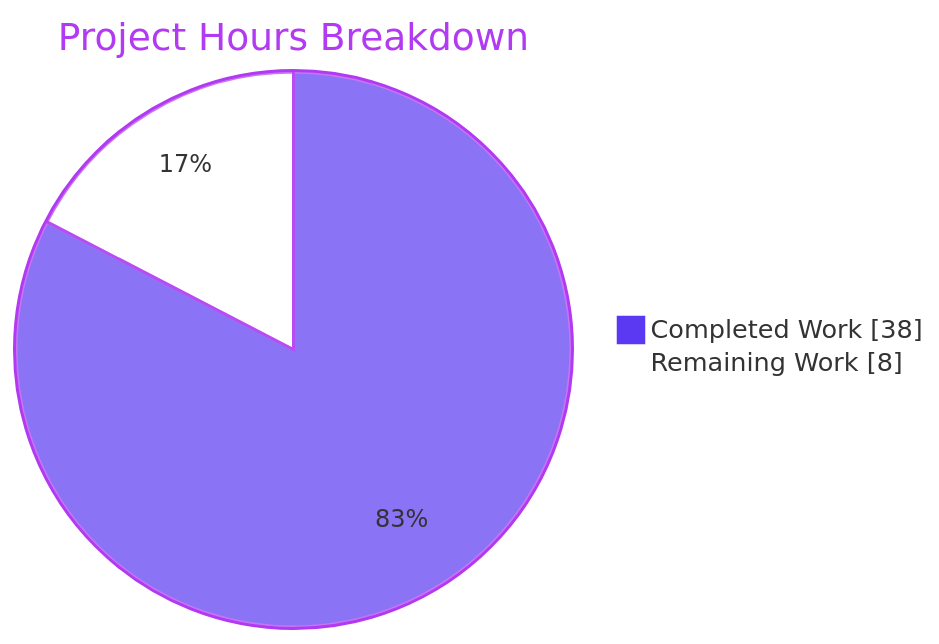
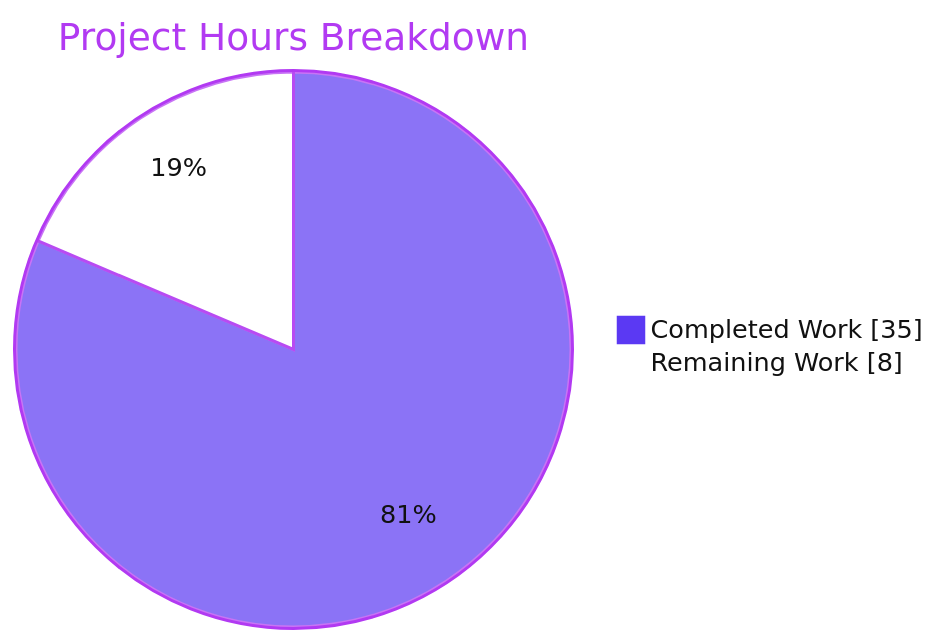
Before and after one commit to Sandeep02Kumar02/12-dec-existing-projects-qa-test-5: the second of 3 diagrams in blitzy/documentation/Project Guide.md, drawn with Mermaid. The commit also changed other lines of this file, not shown here.

````diff
--- a/blitzy/documentation/Project Guide.md
+++ b/blitzy/documentation/Project Guide.md
@@ -216,6 +229,6 @@
 ```mermaid
-%%{init: {'theme':'base', 'themeVariables': {'pie1':'#5B39F3','pie2':'#FFFFFF','pieStrokeColor':'#B23AF2','pieStrokeWidth':'2px','pieOuterStrokeColor':'#B23AF2','pieOuterStrokeWidth':'2px','pieTitleTextColor':'#B23AF2','pieSectionTextSize':'16px'}}}%%
+%%{init: {'theme':'base', 'themeVariables': {'pie1':'#5B39F3','pie2':'#FFFFFF','pieStrokeColor':'#B23AF2','pieOuterStrokeColor':'#B23AF2','pieTitleTextColor':'#B23AF2','pieSectionTextColor':'#111111','pieLegendTextColor':'#111111'}}}%%
 pie showData title Project Hours Breakdown
-    "Completed Work" : 38
+    "Completed Work" : 35
     "Remaining Work" : 8
 ```
````
